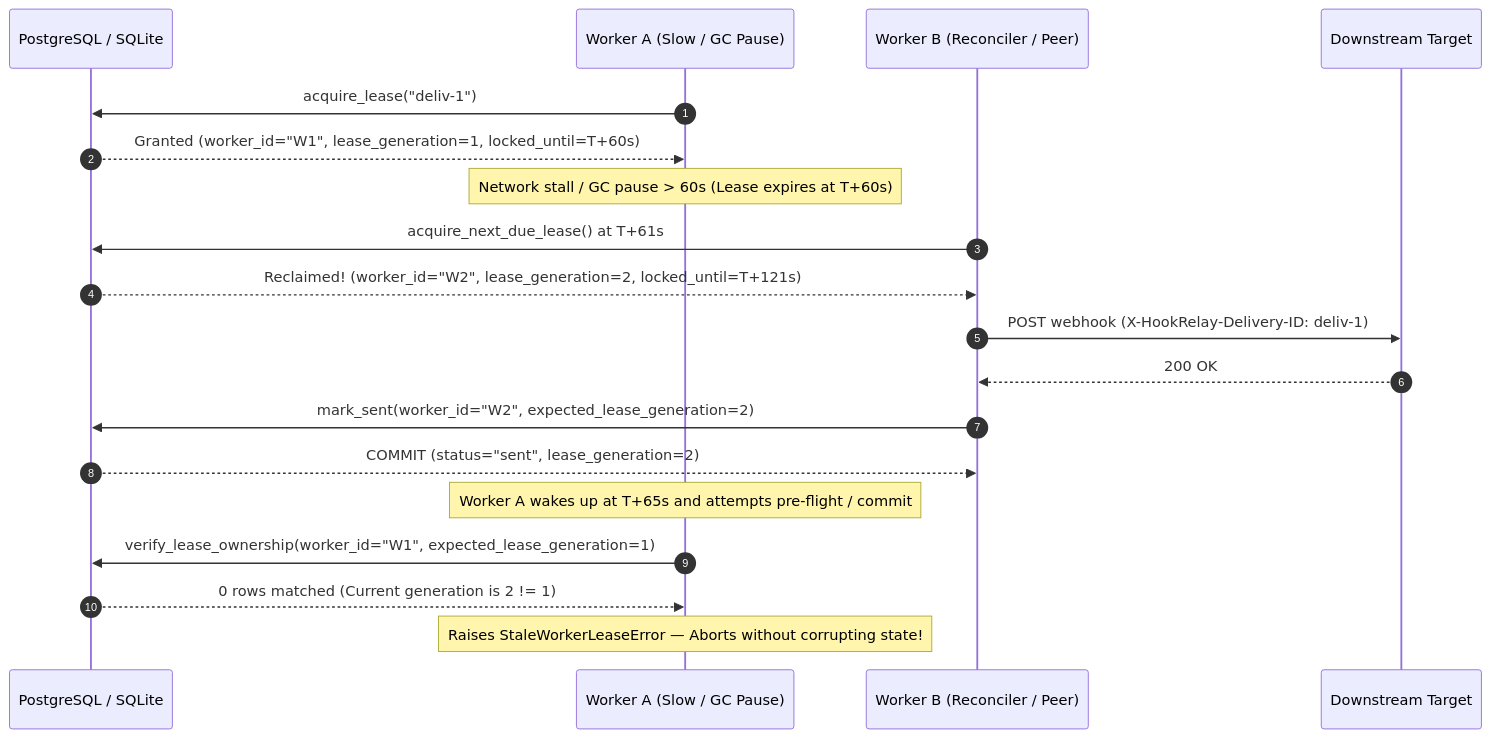
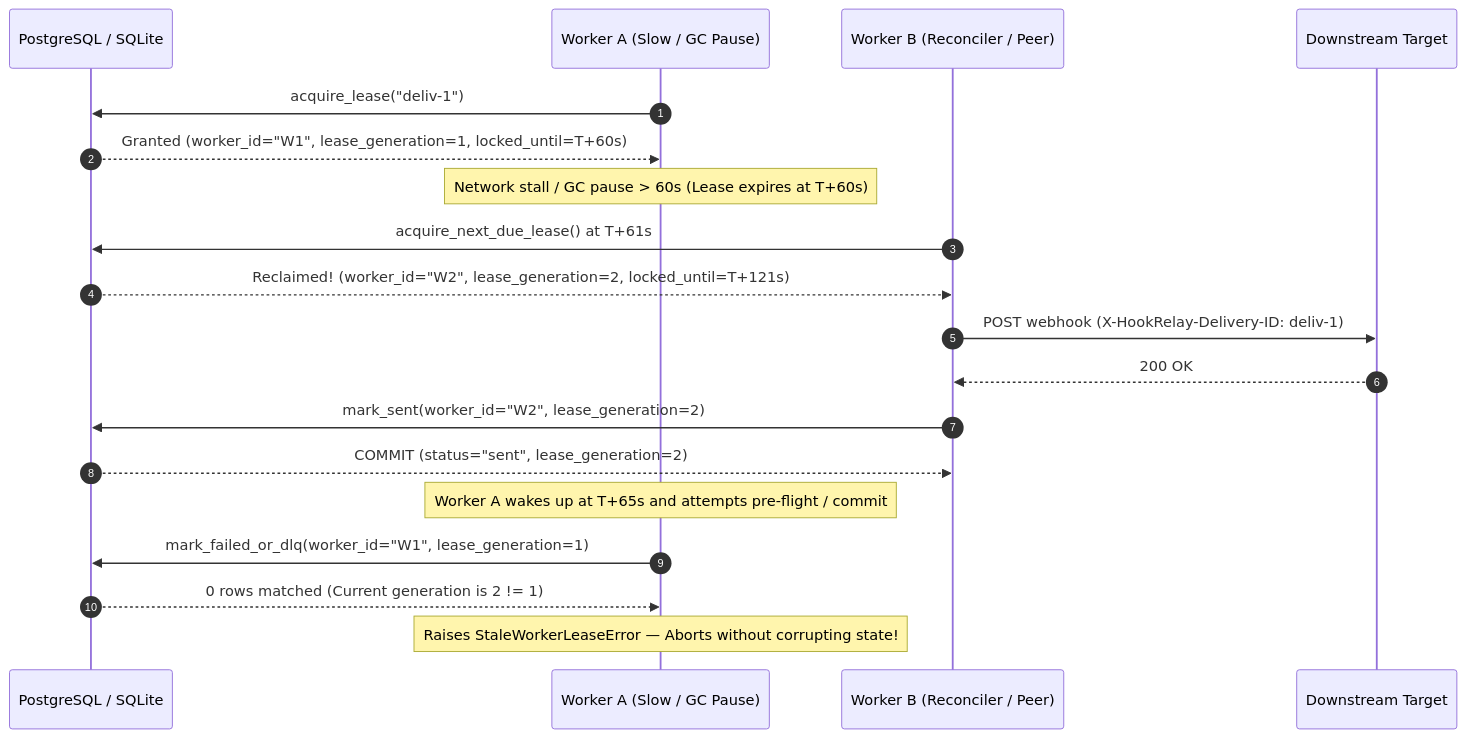
Before and after one commit to Abhishek-Gali/HookRelay: the second of 2 diagrams in README.md, drawn with Mermaid. The commit also changed other lines of this file and 7 other files, not shown here.

````diff
--- a/README.md
+++ b/README.md
@@ -103,22 +193,22 @@
 ```mermaid
 sequenceDiagram
     autonumber
     participant DB as PostgreSQL / SQLite
     participant W1 as Worker A (Slow / GC Pause)
     participant W2 as Worker B (Reconciler / Peer)
     participant Dest as Downstream Target
 
     W1->>DB: acquire_lease("deliv-1")
     DB-->>W1: Granted (worker_id="W1", lease_generation=1, locked_until=T+60s)
     Note over W1: Network stall / GC pause > 60s (Lease expires at T+60s)
     W2->>DB: acquire_next_due_lease() at T+61s
     DB-->>W2: Reclaimed! (worker_id="W2", lease_generation=2, locked_until=T+121s)
     W2->>Dest: POST webhook (X-HookRelay-Delivery-ID: deliv-1)
     Dest-->>W2: 200 OK
-    W2->>DB: mark_sent(worker_id="W2", expected_lease_generation=2)
+    W2->>DB: mark_sent(worker_id="W2", lease_generation=2)
     DB-->>W2: COMMIT (status="sent", lease_generation=2)
     Note over W1: Worker A wakes up at T+65s and attempts pre-flight / commit
-    W1->>DB: verify_lease_ownership(worker_id="W1", expected_lease_generation=1)
+    W1->>DB: mark_failed_or_dlq(worker_id="W1", lease_generation=1)
     DB-->>W1: 0 rows matched (Current generation is 2 != 1)
     Note over W1: Raises StaleWorkerLeaseError — Aborts without corrupting state!
 ```
````
